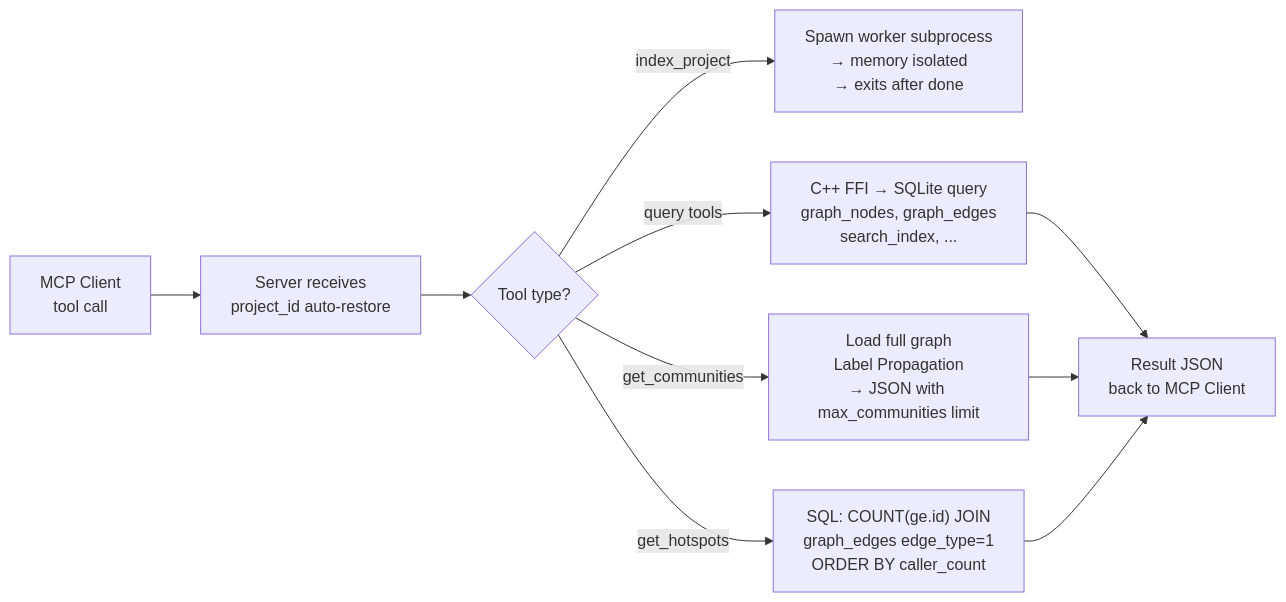
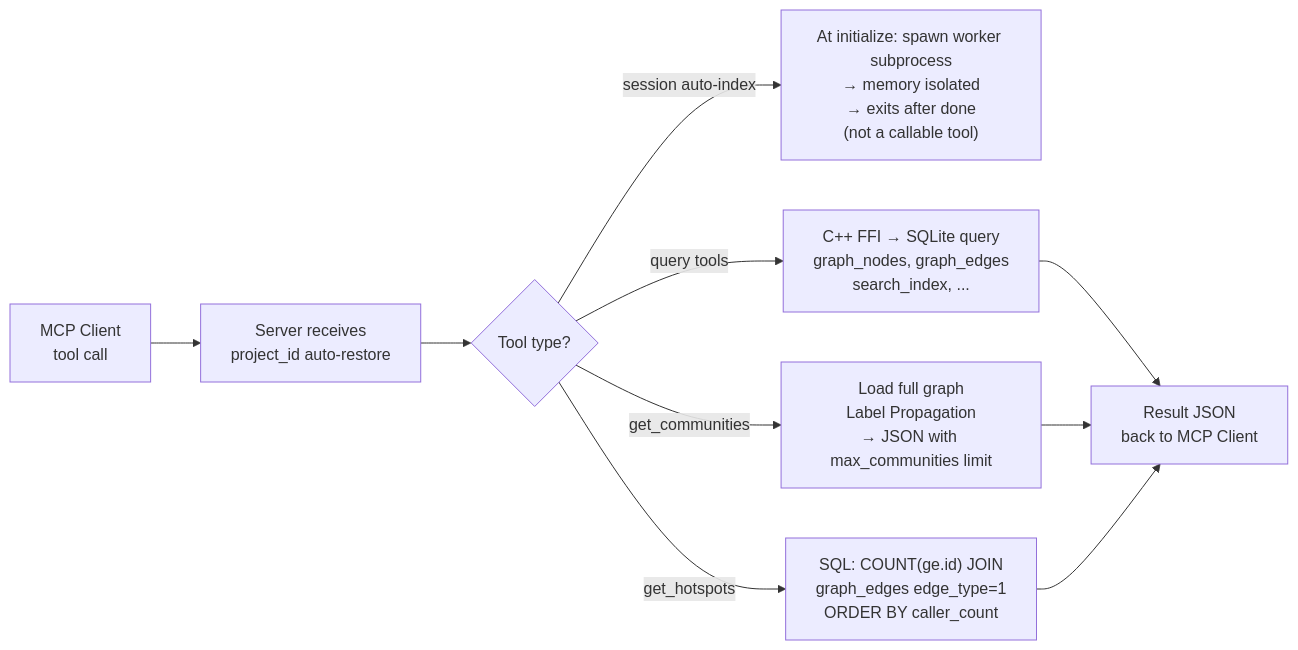
The second of 3 diagrams in README.md (Timwood0x10/CodeScope), drawn with Mermaid before and after one commit. The commit also changed other lines of this file and 34 other files, not shown here.

````diff
--- a/README.md
+++ b/README.md
@@ -112,12 +130,12 @@
 ```mermaid
 flowchart LR
     Q["MCP Client<br/>tool call"] --> Q1["Server receives<br/>project_id auto-restore"]
-    Q1 --> Q2{"Tool type?"}
-    Q2 -->|"index_project"| Q3["Spawn worker subprocess<br/>→ memory isolated<br/>→ exits after done"]
+    Q1 -->     Q2{"Tool type?"}
+    Q2 -->|"session auto-index"| Q3["At initialize: spawn worker subprocess<br/>→ memory isolated<br/>→ exits after done<br/>(not a callable tool)"]
     Q2 -->|"query tools"| Q4["C++ FFI → SQLite query<br/>graph_nodes, graph_edges<br/>search_index, ..."]
     Q2 -->|"get_communities"| Q5["Load full graph<br/>Label Propagation<br/>→ JSON with max_communities limit"]
     Q2 -->|"get_hotspots"| Q6["SQL: COUNT(ge.id) JOIN<br/>graph_edges edge_type=1<br/>ORDER BY caller_count"]
     Q4 --> R["Result JSON<br/>back to MCP Client"]
     Q5 --> R
     Q6 --> R
 ```
````
